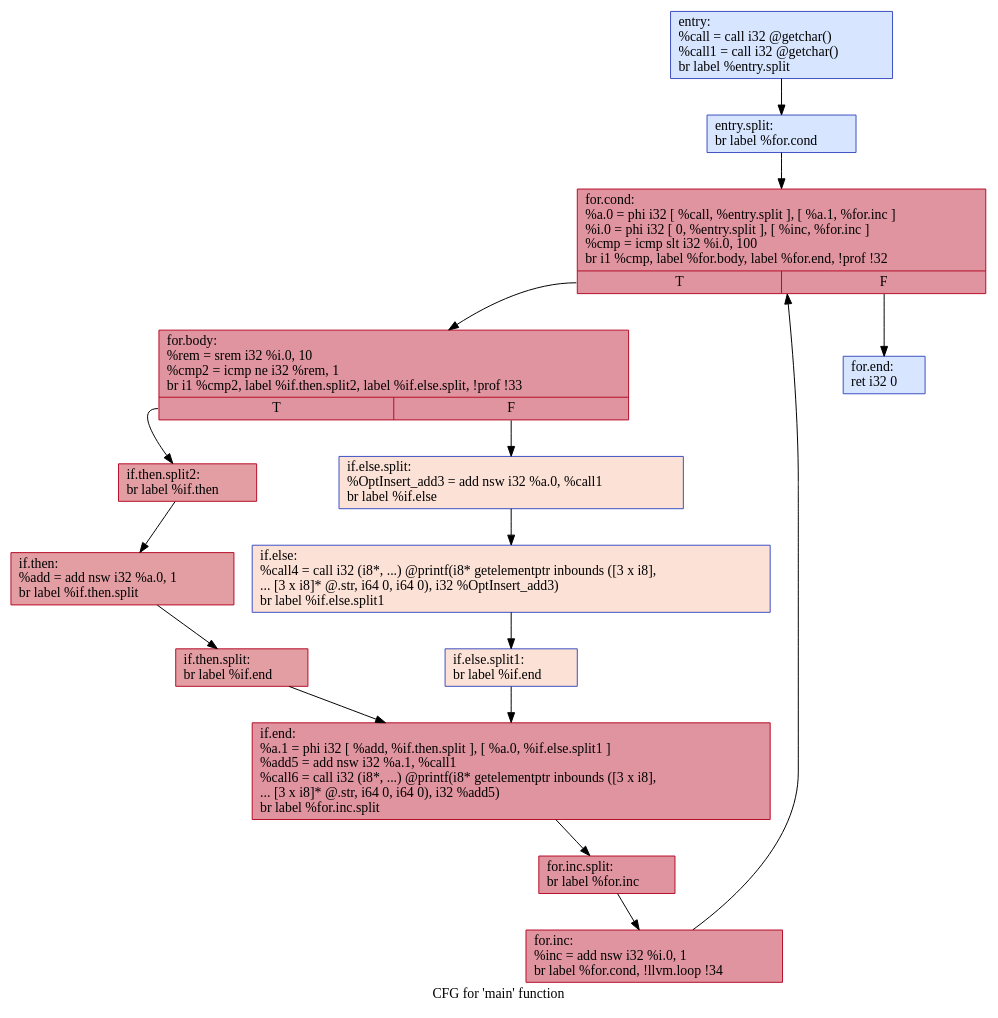
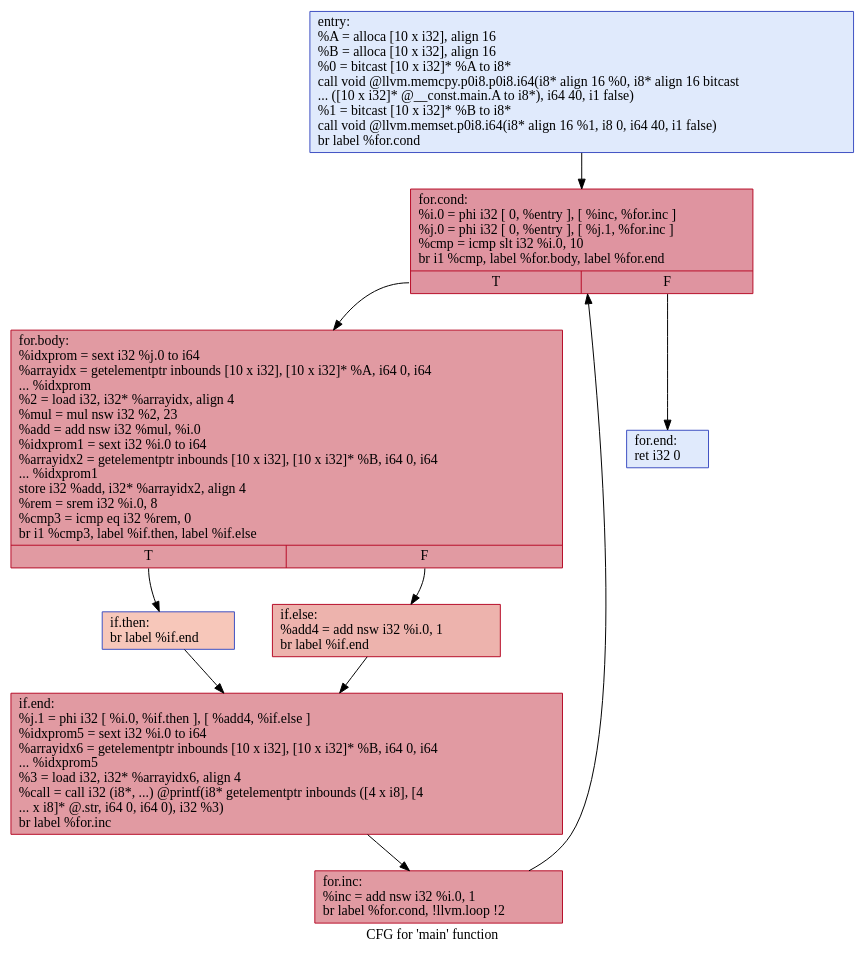
Before and after one commit to GGLeod/Speculation-Based-GVNPRE: the diagram in visual/.main.dot, drawn with Graphviz. The commit also changed 4 other files, not shown here.

```diff
--- a/visual/.main.dot
+++ b/visual/.main.dot
@@ -1,33 +1,21 @@
 digraph "CFG for 'main' function" {
 	label="CFG for 'main' function";
 
-	Node0x55f1064b5640 [shape=record,color="#3d50c3ff", style=filled, fillcolor="#a5c3fe70",label="{entry:\l  %call = call i32 @getchar()\l  %call1 = call i32 @getchar()\l  br label %entry.split\l}"];
-	Node0x55f1064b5640 -> Node0x55f1064c4880;
-	Node0x55f1064c4880 [shape=record,color="#3d50c3ff", style=filled, fillcolor="#a5c3fe70",label="{entry.split:                                      \l  br label %for.cond\l}"];
-	Node0x55f1064c4880 -> Node0x55f1064c48d0;
-	Node0x55f1064c48d0 [shape=record,color="#b70d28ff", style=filled, fillcolor="#b70d2870",label="{for.cond:                                         \l  %a.0 = phi i32 [ %call, %entry.split ], [ %a.1, %for.inc ]\l  %i.0 = phi i32 [ 0, %entry.split ], [ %inc, %for.inc ]\l  %cmp = icmp slt i32 %i.0, 100\l  br i1 %cmp, label %for.body, label %for.end, !prof !32\l|{<s0>T|<s1>F}}"];
-	Node0x55f1064c48d0:s0 -> Node0x55f1064c4920;
-	Node0x55f1064c48d0:s1 -> Node0x55f1064c4c40;
-	Node0x55f1064c4920 [shape=record,color="#b70d28ff", style=filled, fillcolor="#b70d2870",label="{for.body:                                         \l  %rem = srem i32 %i.0, 10\l  %cmp2 = icmp ne i32 %rem, 1\l  br i1 %cmp2, label %if.then.split2, label %if.else.split, !prof !33\l|{<s0>T|<s1>F}}"];
-	Node0x55f1064c4920:s0 -> Node0x55f1064c4970;
-	Node0x55f1064c4920:s1 -> Node0x55f1064c4a60;
-	Node0x55f1064c4970 [shape=record,color="#b70d28ff", style=filled, fillcolor="#be242e70",label="{if.then.split2:                                   \l  br label %if.then\l}"];
-	Node0x55f1064c4970 -> Node0x55f1064c49c0;
-	Node0x55f1064c49c0 [shape=record,color="#b70d28ff", style=filled, fillcolor="#be242e70",label="{if.then:                                          \l  %add = add nsw i32 %a.0, 1\l  br label %if.then.split\l}"];
-	Node0x55f1064c49c0 -> Node0x55f1064c4a10;
-	Node0x55f1064c4a10 [shape=record,color="#b70d28ff", style=filled, fillcolor="#be242e70",label="{if.then.split:                                    \l  br label %if.end\l}"];
-	Node0x55f1064c4a10 -> Node0x55f1064c4b50;
-	Node0x55f1064c4a60 [shape=record,color="#3d50c3ff", style=filled, fillcolor="#f7bca170",label="{if.else.split:                                    \l  %OptInsert_add3 = add nsw i32 %a.0, %call1\l  br label %if.else\l}"];
-	Node0x55f1064c4a60 -> Node0x55f1064c4ab0;
-	Node0x55f1064c4ab0 [shape=record,color="#3d50c3ff", style=filled, fillcolor="#f7bca170",label="{if.else:                                          \l  %call4 = call i32 (i8*, ...) @printf(i8* getelementptr inbounds ([3 x i8],\l... [3 x i8]* @.str, i64 0, i64 0), i32 %OptInsert_add3)\l  br label %if.else.split1\l}"];
-	Node0x55f1064c4ab0 -> Node0x55f1064c4b00;
-	Node0x55f1064c4b00 [shape=record,color="#3d50c3ff", style=filled, fillcolor="#f7bca170",label="{if.else.split1:                                   \l  br label %if.end\l}"];
-	Node0x55f1064c4b00 -> Node0x55f1064c4b50;
-	Node0x55f1064c4b50 [shape=record,color="#b70d28ff", style=filled, fillcolor="#b70d2870",label="{if.end:                                           \l  %a.1 = phi i32 [ %add, %if.then.split ], [ %a.0, %if.else.split1 ]\l  %add5 = add nsw i32 %a.1, %call1\l  %call6 = call i32 (i8*, ...) @printf(i8* getelementptr inbounds ([3 x i8],\l... [3 x i8]* @.str, i64 0, i64 0), i32 %add5)\l  br label %for.inc.split\l}"];
-	Node0x55f1064c4b50 -> Node0x55f1064c4ba0;
-	Node0x55f1064c4ba0 [shape=record,color="#b70d28ff", style=filled, fillcolor="#b70d2870",label="{for.inc.split:                                    \l  br label %for.inc\l}"];
-	Node0x55f1064c4ba0 -> Node0x55f1064c4bf0;
-	Node0x55f1064c4bf0 [shape=record,color="#b70d28ff", style=filled, fillcolor="#b70d2870",label="{for.inc:                                          \l  %inc = add nsw i32 %i.0, 1\l  br label %for.cond, !llvm.loop !34\l}"];
-	Node0x55f1064c4bf0 -> Node0x55f1064c48d0;
-	Node0x55f1064c4c40 [shape=record,color="#3d50c3ff", style=filled, fillcolor="#a5c3fe70",label="{for.end:                                          \l  ret i32 0\l}"];
+	Node0x55b889b66c20 [shape=record,color="#3d50c3ff", style=filled, fillcolor="#b9d0f970",label="{entry:\l  %A = alloca [10 x i32], align 16\l  %B = alloca [10 x i32], align 16\l  %0 = bitcast [10 x i32]* %A to i8*\l  call void @llvm.memcpy.p0i8.p0i8.i64(i8* align 16 %0, i8* align 16 bitcast\l... ([10 x i32]* @__const.main.A to i8*), i64 40, i1 false)\l  %1 = bitcast [10 x i32]* %B to i8*\l  call void @llvm.memset.p0i8.i64(i8* align 16 %1, i8 0, i64 40, i1 false)\l  br label %for.cond\l}"];
+	Node0x55b889b66c20 -> Node0x55b889b66c70;
+	Node0x55b889b66c70 [shape=record,color="#b70d28ff", style=filled, fillcolor="#b70d2870",label="{for.cond:                                         \l  %i.0 = phi i32 [ 0, %entry ], [ %inc, %for.inc ]\l  %j.0 = phi i32 [ 0, %entry ], [ %j.1, %for.inc ]\l  %cmp = icmp slt i32 %i.0, 10\l  br i1 %cmp, label %for.body, label %for.end\l|{<s0>T|<s1>F}}"];
+	Node0x55b889b66c70:s0 -> Node0x55b889b66cc0;
+	Node0x55b889b66c70:s1 -> Node0x55b889b66e50;
+	Node0x55b889b66cc0 [shape=record,color="#b70d28ff", style=filled, fillcolor="#bb1b2c70",label="{for.body:                                         \l  %idxprom = sext i32 %j.0 to i64\l  %arrayidx = getelementptr inbounds [10 x i32], [10 x i32]* %A, i64 0, i64\l... %idxprom\l  %2 = load i32, i32* %arrayidx, align 4\l  %mul = mul nsw i32 %2, 23\l  %add = add nsw i32 %mul, %i.0\l  %idxprom1 = sext i32 %i.0 to i64\l  %arrayidx2 = getelementptr inbounds [10 x i32], [10 x i32]* %B, i64 0, i64\l... %idxprom1\l  store i32 %add, i32* %arrayidx2, align 4\l  %rem = srem i32 %i.0, 8\l  %cmp3 = icmp eq i32 %rem, 0\l  br i1 %cmp3, label %if.then, label %if.else\l|{<s0>T|<s1>F}}"];
+	Node0x55b889b66cc0:s0 -> Node0x55b889b66d10;
+	Node0x55b889b66cc0:s1 -> Node0x55b889b66d60;
+	Node0x55b889b66d10 [shape=record,color="#3d50c3ff", style=filled, fillcolor="#ec7f6370",label="{if.then:                                          \l  br label %if.end\l}"];
+	Node0x55b889b66d10 -> Node0x55b889b66db0;
+	Node0x55b889b66d60 [shape=record,color="#b70d28ff", style=filled, fillcolor="#d6524470",label="{if.else:                                          \l  %add4 = add nsw i32 %i.0, 1\l  br label %if.end\l}"];
+	Node0x55b889b66d60 -> Node0x55b889b66db0;
+	Node0x55b889b66db0 [shape=record,color="#b70d28ff", style=filled, fillcolor="#bb1b2c70",label="{if.end:                                           \l  %j.1 = phi i32 [ %i.0, %if.then ], [ %add4, %if.else ]\l  %idxprom5 = sext i32 %i.0 to i64\l  %arrayidx6 = getelementptr inbounds [10 x i32], [10 x i32]* %B, i64 0, i64\l... %idxprom5\l  %3 = load i32, i32* %arrayidx6, align 4\l  %call = call i32 (i8*, ...) @printf(i8* getelementptr inbounds ([4 x i8], [4\l... x i8]* @.str, i64 0, i64 0), i32 %3)\l  br label %for.inc\l}"];
+	Node0x55b889b66db0 -> Node0x55b889b66e00;
+	Node0x55b889b66e00 [shape=record,color="#b70d28ff", style=filled, fillcolor="#bb1b2c70",label="{for.inc:                                          \l  %inc = add nsw i32 %i.0, 1\l  br label %for.cond, !llvm.loop !2\l}"];
+	Node0x55b889b66e00 -> Node0x55b889b66c70;
+	Node0x55b889b66e50 [shape=record,color="#3d50c3ff", style=filled, fillcolor="#b9d0f970",label="{for.end:                                          \l  ret i32 0\l}"];
 }
```
